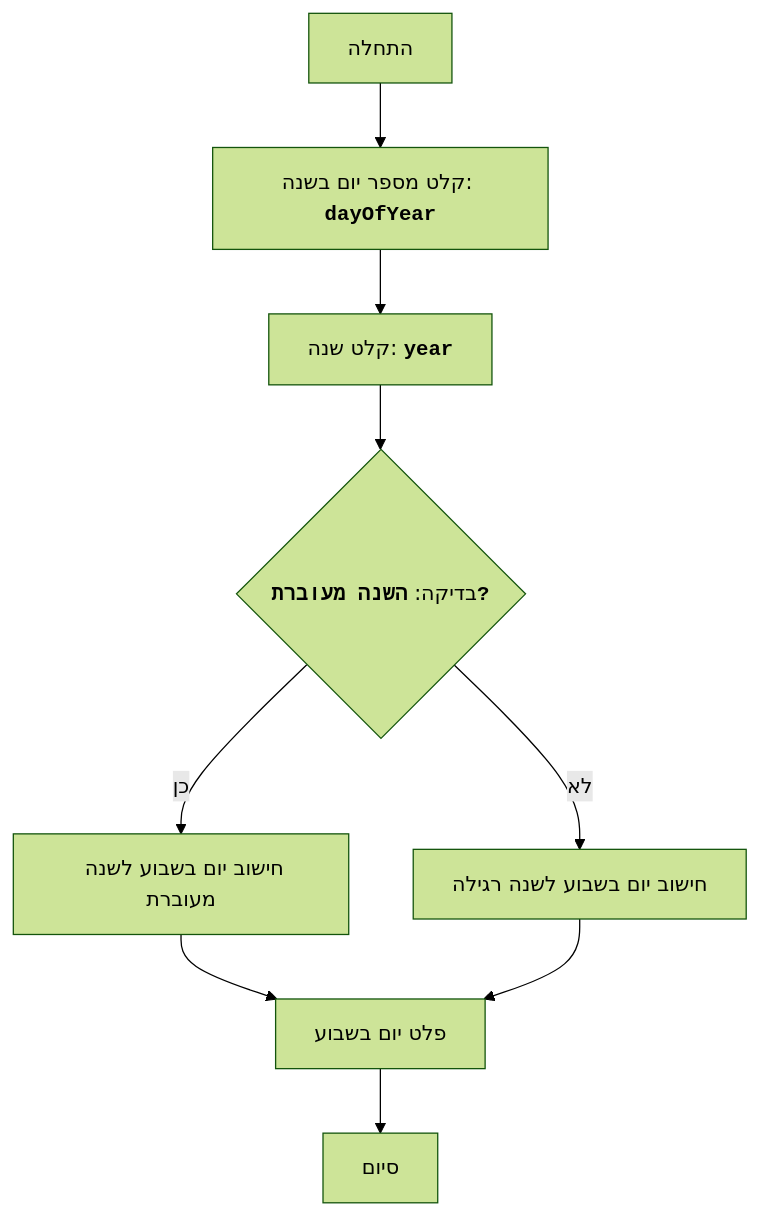
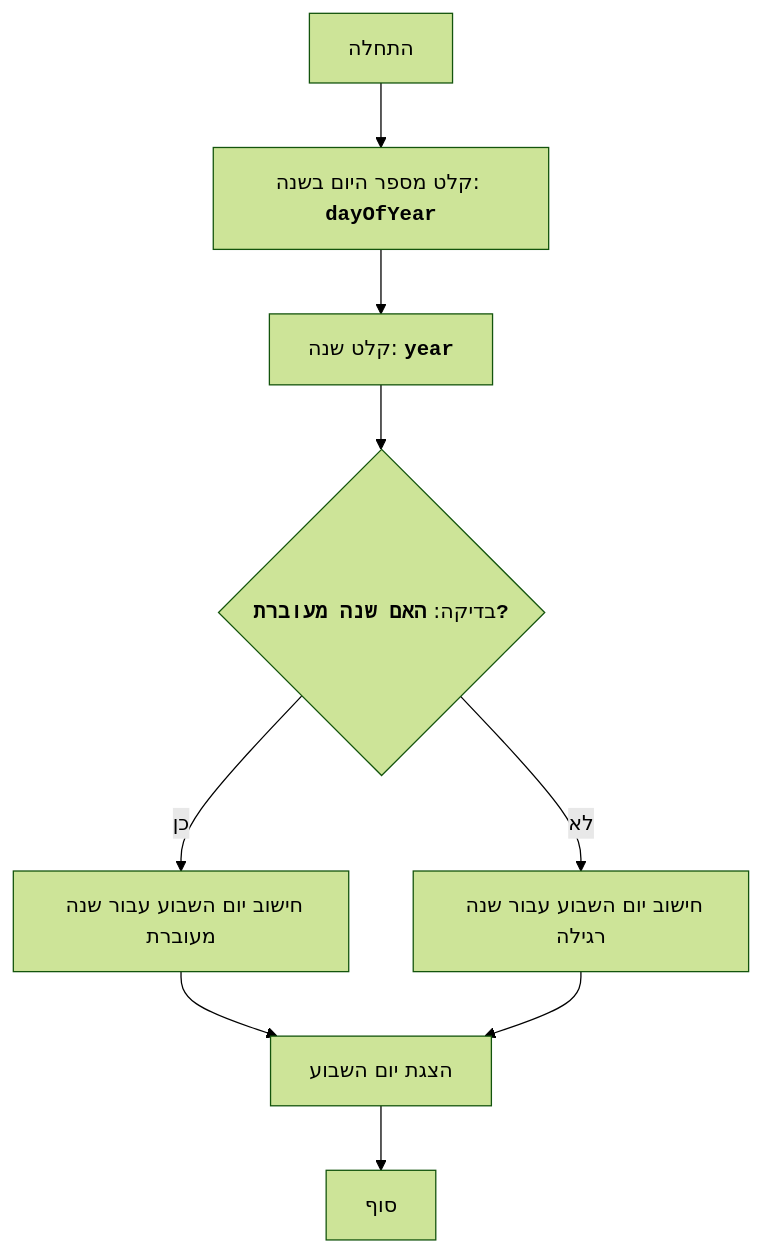
Before and after one commit to hypo69/hypo: the diagram in docs/gemini/he/doc/src/endpoints/ai_games/101_basic_computer_games/ru/GAMES/WEKDAY/wekday.py.md, drawn with Mermaid (forest theme). The commit also changed other lines of this file and 885 other files, not shown here.

````diff
--- a/docs/gemini/he/doc/src/endpoints/ai_games/101_basic_computer_games/ru/GAMES/WEKDAY/wekday.py.md
+++ b/docs/gemini/he/doc/src/endpoints/ai_games/101_basic_computer_games/ru/GAMES/WEKDAY/wekday.py.md
@@ -34,12 +27,12 @@
 ```mermaid
 flowchart TD
-    Start["התחלה"] --> InputDay["קלט מספר יום בשנה: <code><b>dayOfYear</b></code>"]
+    Start["התחלה"] --> InputDay["קלט מספר היום בשנה: <code><b>dayOfYear</b></code>"]
     InputDay --> InputYear["קלט שנה: <code><b>year</b></code>"]
-    InputYear --> IsLeapYear{"בדיקה: <code><b>השנה מעוברת?</b></code>"}
-    IsLeapYear -- כן --> CalculateDayOfWeekLeap["חישוב יום בשבוע לשנה מעוברת"]
-    IsLeapYear -- לא --> CalculateDayOfWeekNonLeap["חישוב יום בשבוע לשנה רגילה"]
-    CalculateDayOfWeekLeap --> OutputDayOfWeek["פלט יום בשבוע"]
+    InputYear --> IsLeapYear{"בדיקה: <code><b>האם שנה מעוברת?</b></code>"}
+    IsLeapYear -- כן --> CalculateDayOfWeekLeap["חישוב יום השבוע עבור שנה מעוברת"]
+    IsLeapYear -- לא --> CalculateDayOfWeekNonLeap["חישוב יום השבוע עבור שנה רגילה"]
+    CalculateDayOfWeekLeap --> OutputDayOfWeek["הצגת יום השבוע"]
     CalculateDayOfWeekNonLeap --> OutputDayOfWeek
-    OutputDayOfWeek --> End["סיום"]
+    OutputDayOfWeek --> End["סוף"]
 
 ```
````
